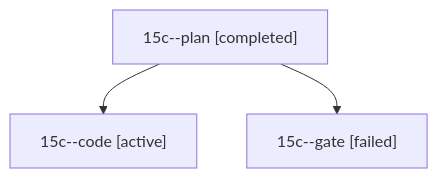
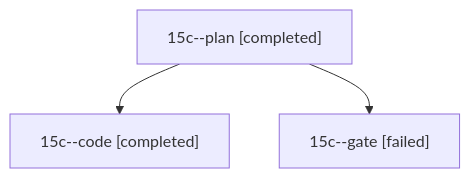
One commit to bobs-org/bob-cli--agents changed the diagram in sessions/bbugyi200.athena.15c.md. Above: the diagram before and after it, drawn with Mermaid. The commit also changed other lines of this file and 28 other files, not shown here.

````diff
--- a/sessions/bbugyi200.athena.15c.md
+++ b/sessions/bbugyi200.athena.15c.md
@@ -9,8 +9,8 @@
 ```mermaid
 flowchart TD
   n0["15c--plan [completed]"]
-  n1["15c--code [active]"]
+  n1["15c--code [completed]"]
   n0 --> n1
   n2["15c--gate [failed]"]
   n0 --> n2
 ```
````
